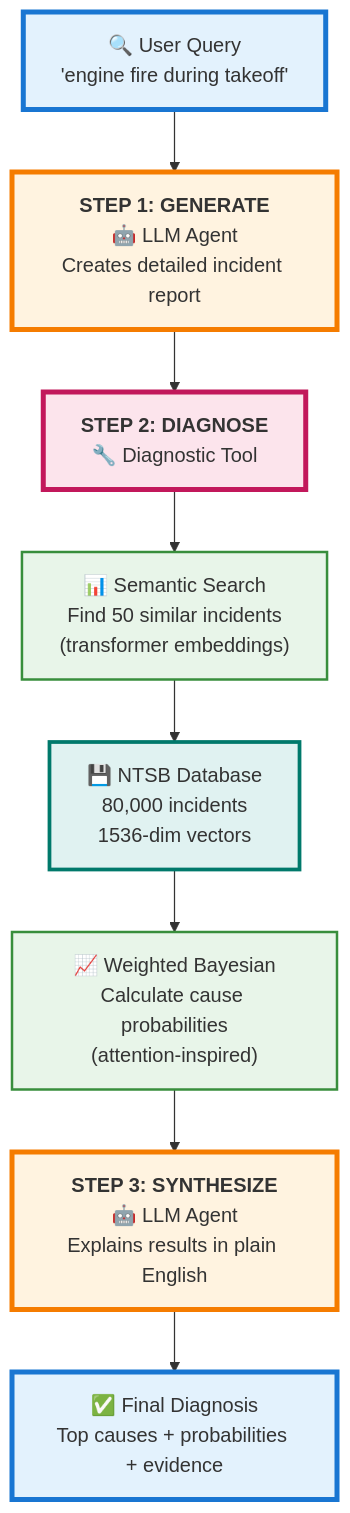
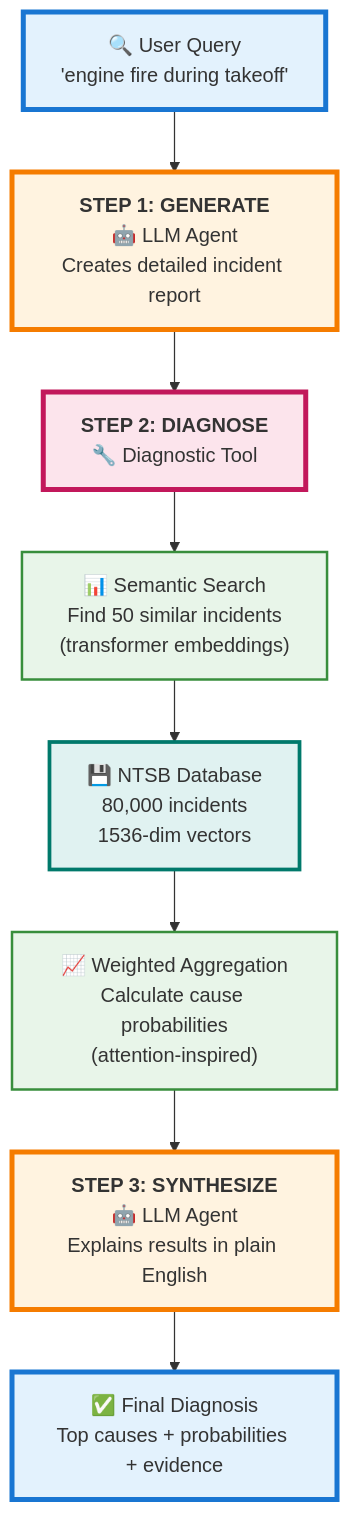
The first of 2 diagrams in README_PRESENTATION.md (Kshetkar1/NTSB-aviation-diagnosis-Transformers-Project), drawn with Mermaid before and after one commit. The commit also changed other lines of this file and 1 other file, not shown here.

````diff
--- a/README_PRESENTATION.md
+++ b/README_PRESENTATION.md
@@ -38,25 +38,25 @@
 ```mermaid
 graph TD
     Query["🔍 User Query<br/>'engine fire during takeoff'"]
 
     Query --> Step1["<b>STEP 1: GENERATE</b><br/>🤖 LLM Agent<br/>Creates detailed incident report"]
 
     Step1 --> Step2["<b>STEP 2: DIAGNOSE</b><br/>🔧 Diagnostic Tool"]
 
     Step2 --> Search["📊 Semantic Search<br/>Find 50 similar incidents<br/>(transformer embeddings)"]
     Search --> Data["💾 NTSB Database<br/>80,000 incidents<br/>1536-dim vectors"]
-    Data --> Bayes["📈 Weighted Bayesian<br/>Calculate cause probabilities<br/>(attention-inspired)"]
+    Data --> Bayes["📈 Weighted Aggregation<br/>Calculate cause probabilities<br/>(attention-inspired)"]
 
     Bayes --> Step3["<b>STEP 3: SYNTHESIZE</b><br/>🤖 LLM Agent<br/>Explains results in plain English"]
 
     Step3 --> Output["✅ Final Diagnosis<br/>Top causes + probabilities + evidence"]
 
     style Query fill:#e3f2fd,stroke:#1976d2,stroke-width:4px
     style Step1 fill:#fff3e0,stroke:#f57c00,stroke-width:4px
     style Step2 fill:#fce4ec,stroke:#c2185b,stroke-width:4px
     style Step3 fill:#fff3e0,stroke:#f57c00,stroke-width:4px
     style Search fill:#e8f5e9,stroke:#388e3c,stroke-width:2px
     style Data fill:#e0f2f1,stroke:#00796b,stroke-width:3px
     style Bayes fill:#e8f5e9,stroke:#388e3c,stroke-width:2px
     style Output fill:#e3f2fd,stroke:#1976d2,stroke-width:4px
 ```
````
